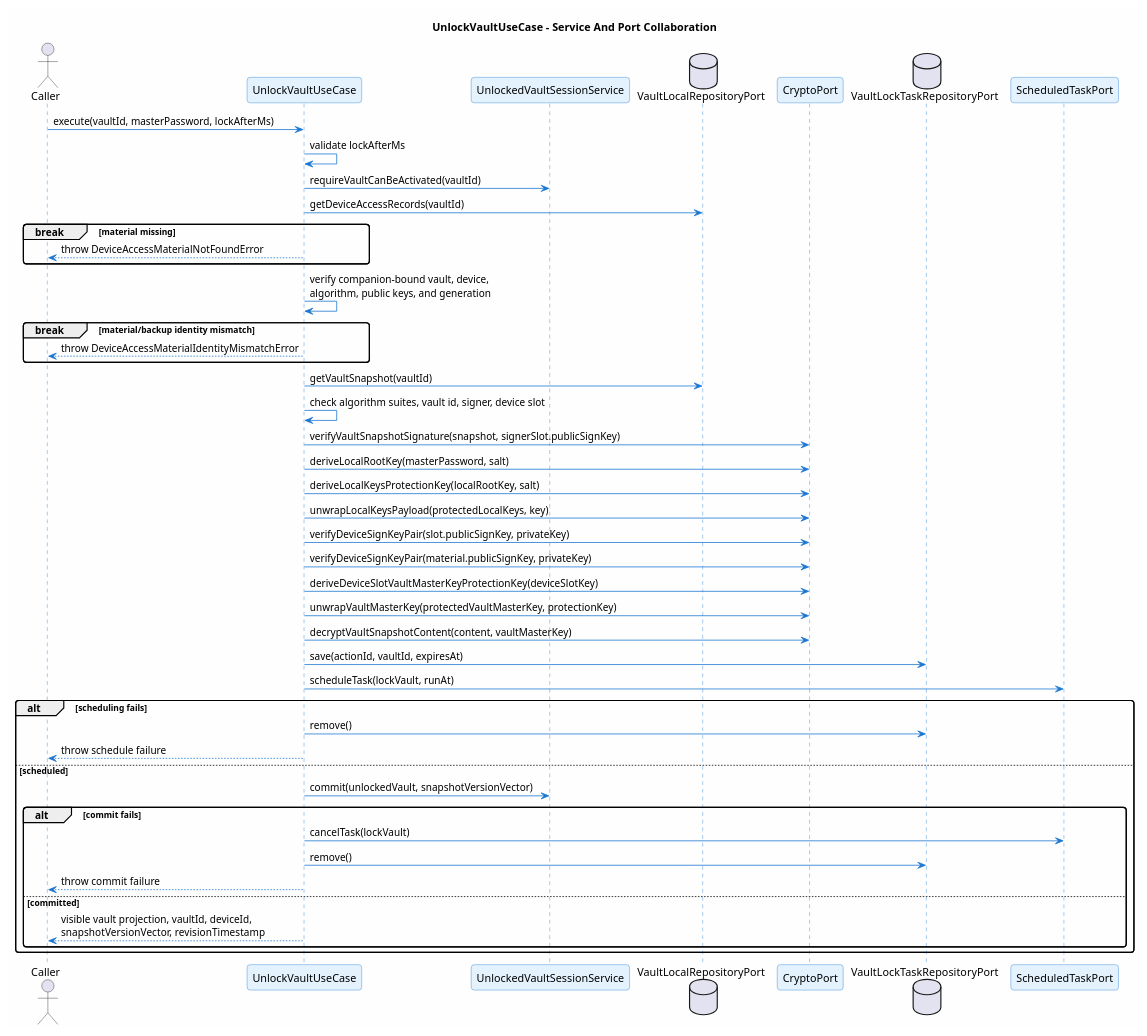
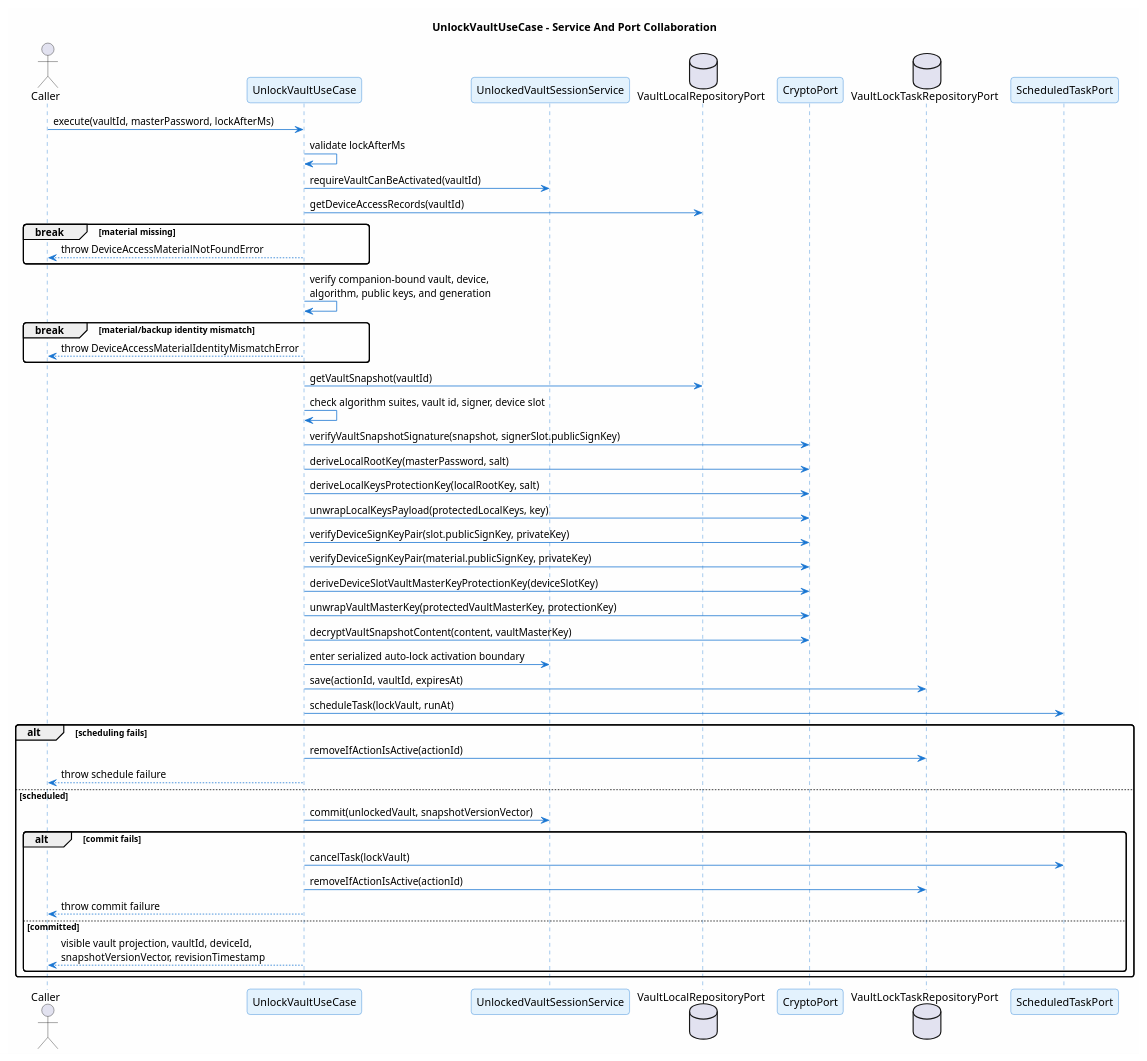
Before and after one commit to ArionStudio/engr-serverless-pm: the diagram in docs/v1/use-case/vault-lifecycle/unlock-vault.sequence.puml, drawn with PlantUML. The commit also changed 50 other files, not shown here.

```diff
--- a/docs/v1/use-case/vault-lifecycle/unlock-vault.sequence.puml
+++ b/docs/v1/use-case/vault-lifecycle/unlock-vault.sequence.puml
@@ -1,60 +1,61 @@
 @startuml unlock-vault-sequence
 title UnlockVaultUseCase - Service And Port Collaboration
 
 skinparam backgroundColor #FEFEFE
 skinparam roundcorner 8
 skinparam shadowing false
 skinparam sequence {
   ArrowColor #1976D2
   LifeLineBorderColor #1976D2
   ParticipantBackgroundColor #E3F2FD
   ParticipantBorderColor #1976D2
 }
 
 actor Caller
 participant "UnlockVaultUseCase" as UC
 participant "UnlockedVaultSessionService" as Session
 database "VaultLocalRepositoryPort" as LocalRepo
 participant "CryptoPort" as Crypto
 database "VaultLockTaskRepositoryPort" as LockRepo
 participant "ScheduledTaskPort" as Tasks
 
 Caller -> UC : execute(vaultId, masterPassword, lockAfterMs)
 UC -> UC : validate lockAfterMs
 UC -> Session : requireVaultCanBeActivated(vaultId)
 UC -> LocalRepo : getDeviceAccessRecords(vaultId)
 break material missing
   UC --> Caller : throw DeviceAccessMaterialNotFoundError
 end
 UC -> UC : verify companion-bound vault, device,\nalgorithm, public keys, and generation
 break material/backup identity mismatch
   UC --> Caller : throw DeviceAccessMaterialIdentityMismatchError
 end
 UC -> LocalRepo : getVaultSnapshot(vaultId)
 UC -> UC : check algorithm suites, vault id, signer, device slot
 UC -> Crypto : verifyVaultSnapshotSignature(snapshot, signerSlot.publicSignKey)
 UC -> Crypto : deriveLocalRootKey(masterPassword, salt)
 UC -> Crypto : deriveLocalKeysProtectionKey(localRootKey, salt)
 UC -> Crypto : unwrapLocalKeysPayload(protectedLocalKeys, key)
 UC -> Crypto : verifyDeviceSignKeyPair(slot.publicSignKey, privateKey)
 UC -> Crypto : verifyDeviceSignKeyPair(material.publicSignKey, privateKey)
 UC -> Crypto : deriveDeviceSlotVaultMasterKeyProtectionKey(deviceSlotKey)
 UC -> Crypto : unwrapVaultMasterKey(protectedVaultMasterKey, protectionKey)
 UC -> Crypto : decryptVaultSnapshotContent(content, vaultMasterKey)
+UC -> Session : enter serialized auto-lock activation boundary
 UC -> LockRepo : save(actionId, vaultId, expiresAt)
 UC -> Tasks : scheduleTask(lockVault, runAt)
 alt scheduling fails
-  UC -> LockRepo : remove()
+  UC -> LockRepo : removeIfActionIsActive(actionId)
   UC --> Caller : throw schedule failure
 else scheduled
   UC -> Session : commit(unlockedVault, snapshotVersionVector)
   alt commit fails
     UC -> Tasks : cancelTask(lockVault)
-    UC -> LockRepo : remove()
+    UC -> LockRepo : removeIfActionIsActive(actionId)
     UC --> Caller : throw commit failure
   else committed
     UC --> Caller : visible vault projection, vaultId, deviceId,\nsnapshotVersionVector, revisionTimestamp
   end
 end
 
 @enduml
```
